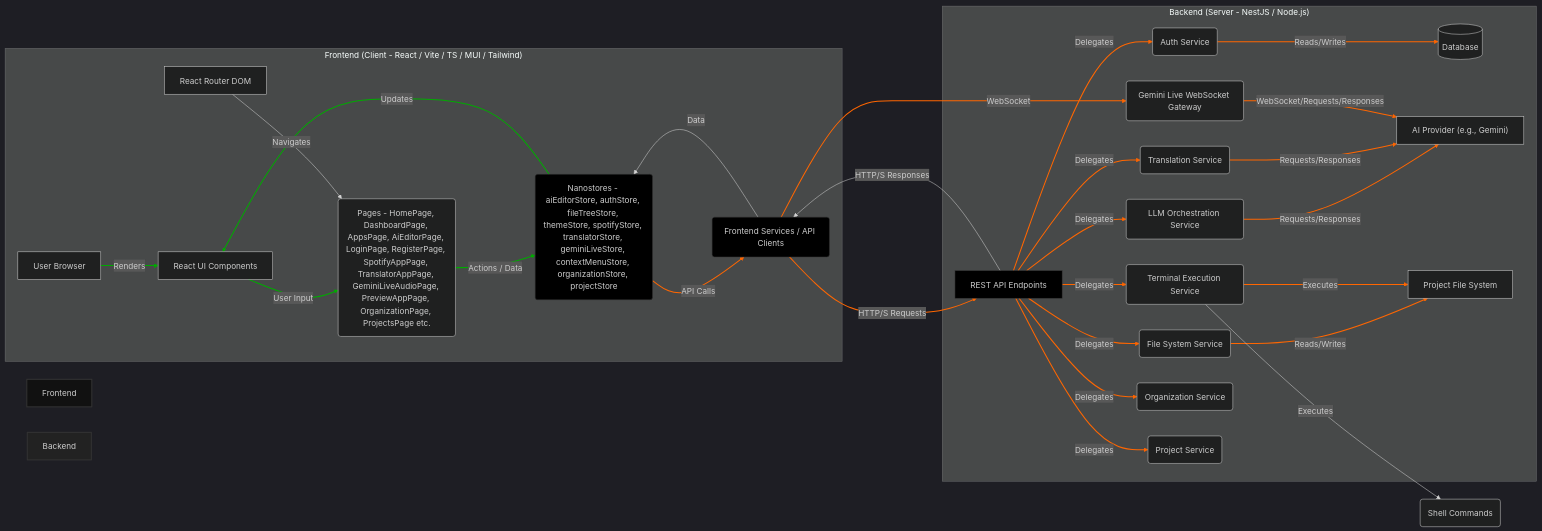
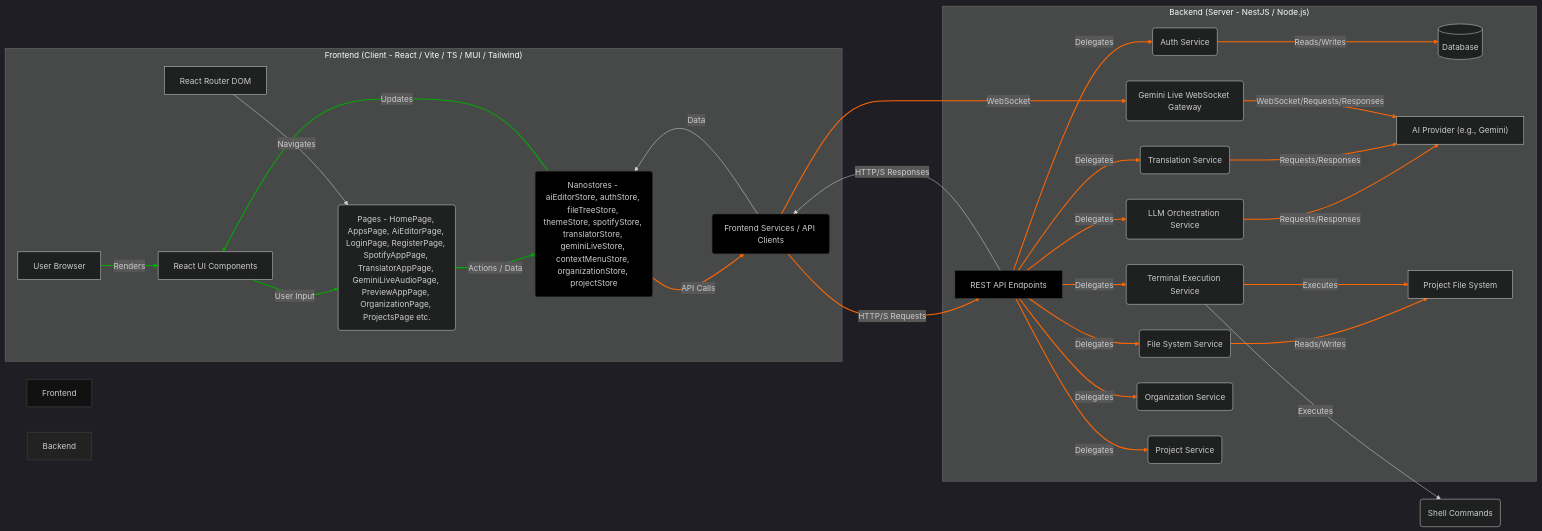
The diagram in README.md (evillan0315/ai-editor-front), drawn with Mermaid before and after one commit. The commit also changed other lines of this file and 58 other files, not shown here.

````diff
--- a/README.md
+++ b/README.md
@@ -61,78 +61,78 @@
 ```mermaid
 %%{init: {'theme': 'dark'}}%%
 graph LR
     subgraph "Frontend (Client - React / Vite / TS / MUI / Tailwind)"
         Browser[User Browser]
         UI[React UI Components]
-        Pages(Pages - HomePage, DashboardPage, AppsPage, AiEditorPage, LoginPage, RegisterPage, SpotifyAppPage, TranslatorAppPage, GeminiLiveAudioPage, PreviewAppPage, OrganizationPage, ProjectsPage etc.)
+        Pages(Pages - HomePage, AppsPage, AiEditorPage, LoginPage, RegisterPage, SpotifyAppPage, TranslatorAppPage, GeminiLiveAudioPage, PreviewAppPage, OrganizationPage, ProjectsPage etc.)
         State(Nanostores - aiEditorStore, authStore, fileTreeStore, themeStore, spotifyStore, translatorStore, geminiLiveStore, contextMenuStore, organizationStore, projectStore)
         Services(Frontend Services / API Clients)
         Router[React Router DOM]
     end
 
     subgraph "Backend (Server - NestJS / Node.js)"
         API[REST API Endpoints]
         Auth(Auth Service)
         LLM(LLM Orchestration Service)
         File(File System Service)
         Terminal(Terminal Execution Service)
         Translation(Translation Service)
         GeminiLive(Gemini Live WebSocket Gateway)
         Organization(Organization Service)
         Project(Project Service)
         DB[(Database)]
         AI_Provider[AI Provider &lpar;e.g., Gemini&rpar;]
         FS[Project File System]
     end
 
     Browser -- Renders --> UI
     UI -- User Input --> Pages
     Pages -- Actions / Data --> State
     State -- Updates --> UI
     State -- API Calls --> Services
     Services -- HTTP/S Requests --> API
     Services -- WebSocket --> GeminiLive
     API -- Delegates --> Auth
     API -- Delegates --> LLM
     API -- Delegates --> File
     API -- Delegates --> Terminal
     API -- Delegates --> Translation
     API -- Delegates --> Organization
     API -- Delegates --> Project
     Auth -- Reads/Writes --> DB
     LLM -- Requests/Responses --> AI_Provider
     Translation -- Requests/Responses --> AI_Provider
     GeminiLive -- WebSocket/Requests/Responses --> AI_Provider
     File -- Reads/Writes --> FS
     Terminal -- Executes --> FS
     Terminal -- Executes --> Shell(Shell Commands)
     API -- HTTP/S Responses --> Services
     Services -- Data --> State
     Router -- Navigates --> Pages
 
     style Frontend fill:#111,stroke:#333,stroke-width:2px;
     style Backend fill:#222,stroke:#333,stroke-width:2px;
     style State fill:#000,stroke:#333,stroke-width:1px;
     style Services fill:#000,stroke:#333,stroke-width:1px;
     style API fill:#000,stroke:#333,stroke-width:1px;
     linkStyle 0 stroke:#0a0,stroke-width:2px;
     linkStyle 1 stroke:#0a0,stroke-width:2px;
     linkStyle 2 stroke:#0a0,stroke-width:2px;
     linkStyle 3 stroke:#0a0,stroke-width:2px;
     linkStyle 4 stroke:#f60,stroke-width:2px;
     linkStyle 5 stroke:#f60,stroke-width:2px;
     linkStyle 6 stroke:#f60,stroke-width:2px;
     linkStyle 7 stroke:#f60,stroke-width:2px;
     linkStyle 8 stroke:#f60,stroke-width:2px;
     linkStyle 9 stroke:#f60,stroke-width:2px;
     linkStyle 10 stroke:#f60,stroke-width:2px;
     linkStyle 11 stroke:#f60,stroke-width:2px;
     linkStyle 12 stroke:#f60,stroke-width:2px;
     linkStyle 13 stroke:#f60,stroke-width:2px;
     linkStyle 14 stroke:#f60,stroke-width:2px;
     linkStyle 15 stroke:#f60,stroke-width:2px;
     linkStyle 16 stroke:#f60,stroke-width:2px;
     linkStyle 17 stroke:#f60,stroke-width:2px;
     linkStyle 18 stroke:#f60,stroke-width:2px;
     linkStyle 19 stroke:#f60,stroke-width:2px;
 ```
````
